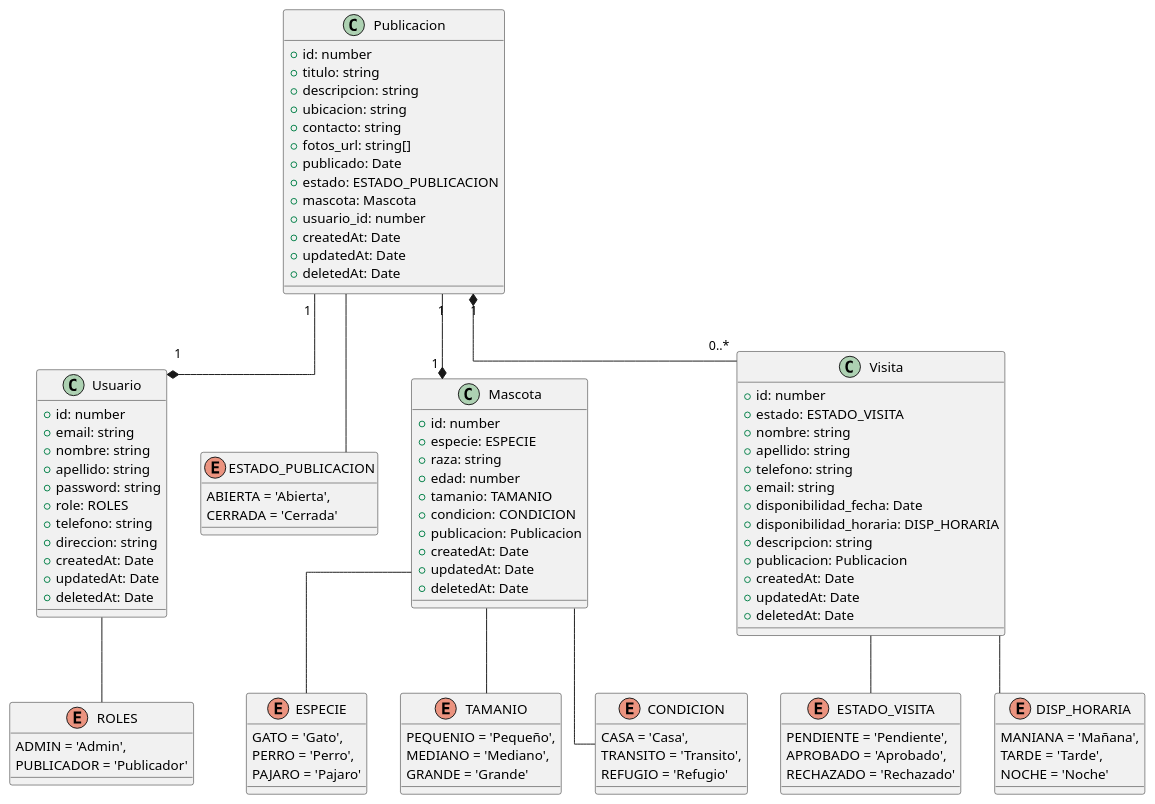
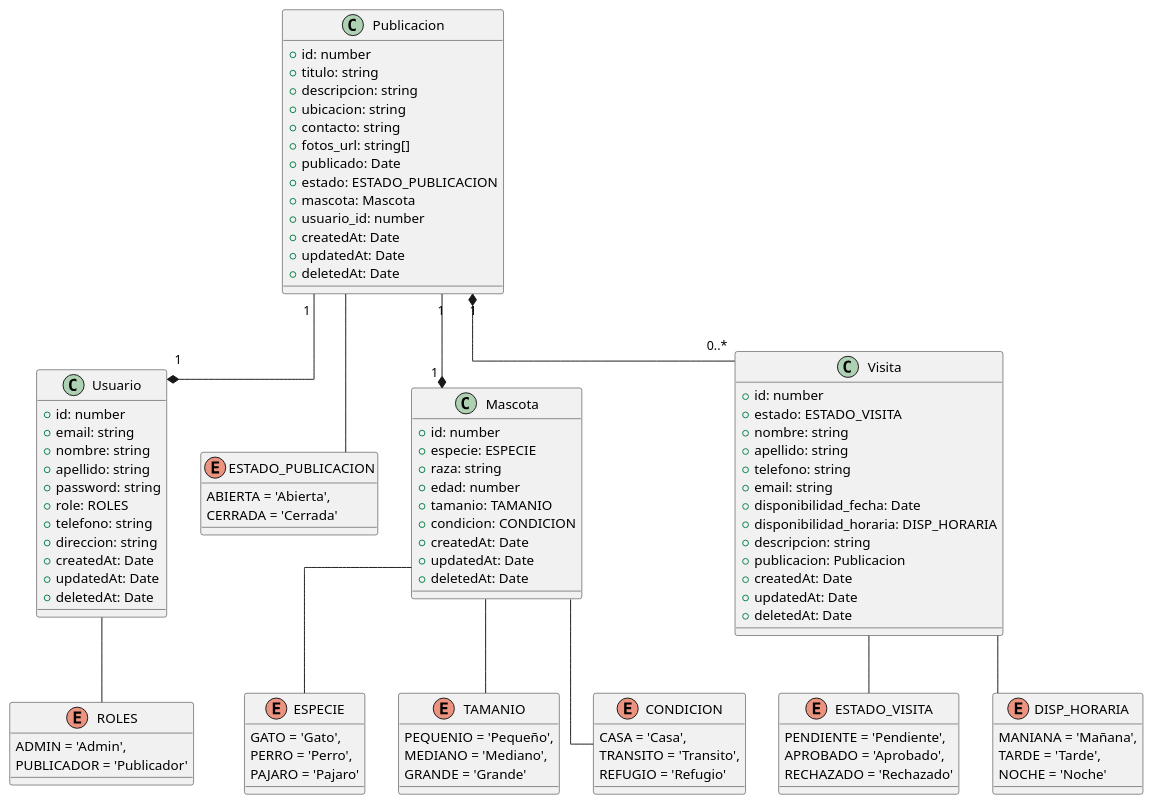
One commit to fedef1982/2025-TUP-Prog3-TP-Grupo2 changed the diagram in diagramas/diagrama_clases_2.puml. Above: the diagram before and after it, drawn with PlantUML. The commit also changed 1 other file, not shown here.

```diff
--- a/diagramas/diagrama_clases_2.puml
+++ b/diagramas/diagrama_clases_2.puml
@@ -1,116 +1,115 @@
 @startuml AdoptAR
 
 skinparam Linetype ortho
 
 class Usuario {
   + id: number 
   + email: string
   + nombre: string
   + apellido: string 
   + password: string 
   + role: ROLES
   + telefono: string 
   + direccion: string
   + createdAt: Date
   + updatedAt: Date
   + deletedAt: Date
 }
 
 enum ROLES{
     ADMIN = 'Admin',
     PUBLICADOR = 'Publicador'
 }
 
 class Publicacion {
   + id: number
   + titulo: string
   + descripcion: string 
   + ubicacion: string
   + contacto: string
   + fotos_url: string[]
   + publicado: Date
   + estado: ESTADO_PUBLICACION
   + mascota: Mascota
   + usuario_id: number
   + createdAt: Date
   + updatedAt: Date
   + deletedAt: Date
 }
 
 enum ESTADO_PUBLICACION{
     ABIERTA = 'Abierta',
     CERRADA = 'Cerrada'
 }
 
 class Mascota {
   + id: number
   + especie: ESPECIE
   + raza: string
   + edad: number 
   + tamanio: TAMANIO
   + condicion: CONDICION
-  + publicacion: Publicacion
   + createdAt: Date
   + updatedAt: Date
   + deletedAt: Date
 }
 
 enum ESPECIE{
     GATO = 'Gato',
     PERRO = 'Perro',
     PAJARO = 'Pajaro'
 }
 
 enum TAMANIO{
     PEQUENIO = 'Pequeño',
     MEDIANO = 'Mediano',
     GRANDE = 'Grande' 
 }
 
 enum CONDICION{
     CASA = 'Casa',
     TRANSITO = 'Transito',
     REFUGIO = 'Refugio'
 }
 
 class Visita {
   +id: number
   +estado: ESTADO_VISITA
   +nombre: string
   +apellido: string
   +telefono: string
   +email: string
   +disponibilidad_fecha: Date
   +disponibilidad_horaria: DISP_HORARIA
   +descripcion: string
   +publicacion: Publicacion
   +createdAt: Date
   +updatedAt: Date
   +deletedAt: Date
 }
 
 enum ESTADO_VISITA{
     PENDIENTE = 'Pendiente',
     APROBADO = 'Aprobado',
     RECHAZADO = 'Rechazado'
 }
 
 enum DISP_HORARIA{
     MANIANA = 'Mañana',
     TARDE = 'Tarde',
     NOCHE = 'Noche'
 }
 
 /' relaciones'/
 Publicacion "1"--*"1" Usuario
 Publicacion "1"--*"1" Mascota
 Publicacion -- ESTADO_PUBLICACION
 Mascota -- ESPECIE
 Mascota -- TAMANIO
 Mascota -- CONDICION
 Publicacion "1" *-- "0..*" Visita 
 Visita -- ESTADO_VISITA
 Visita -- DISP_HORARIA
 Usuario -- ROLES
 
 @enduml
```
